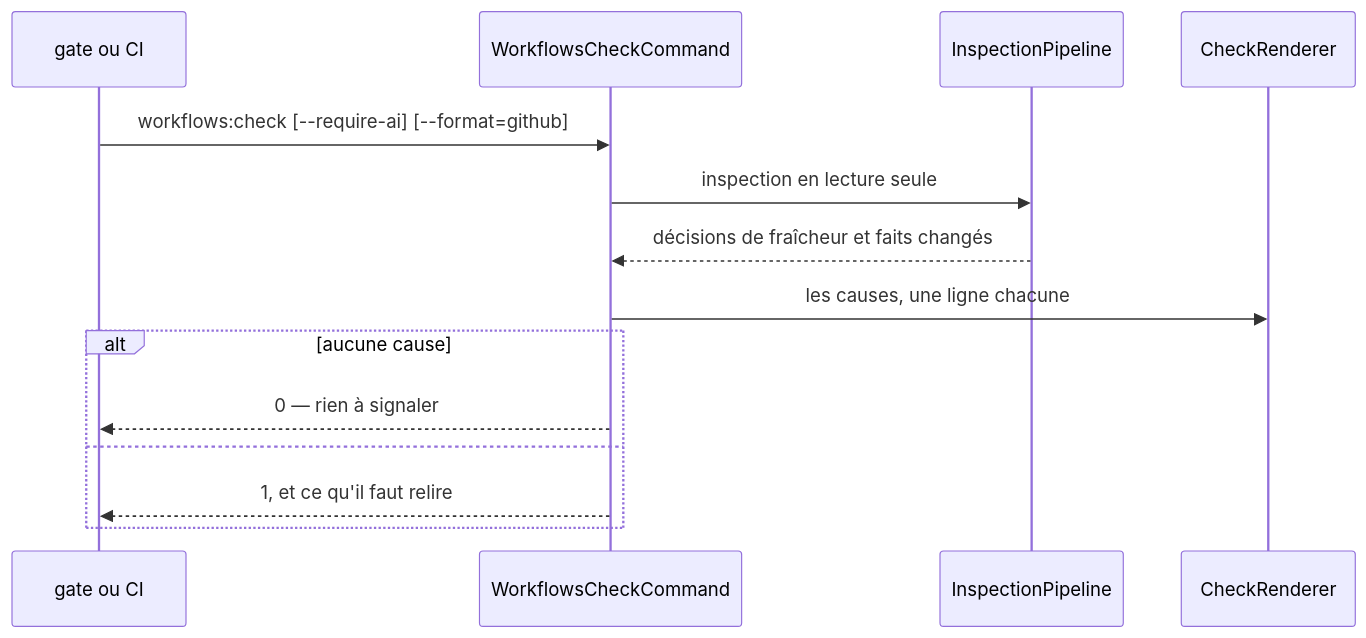
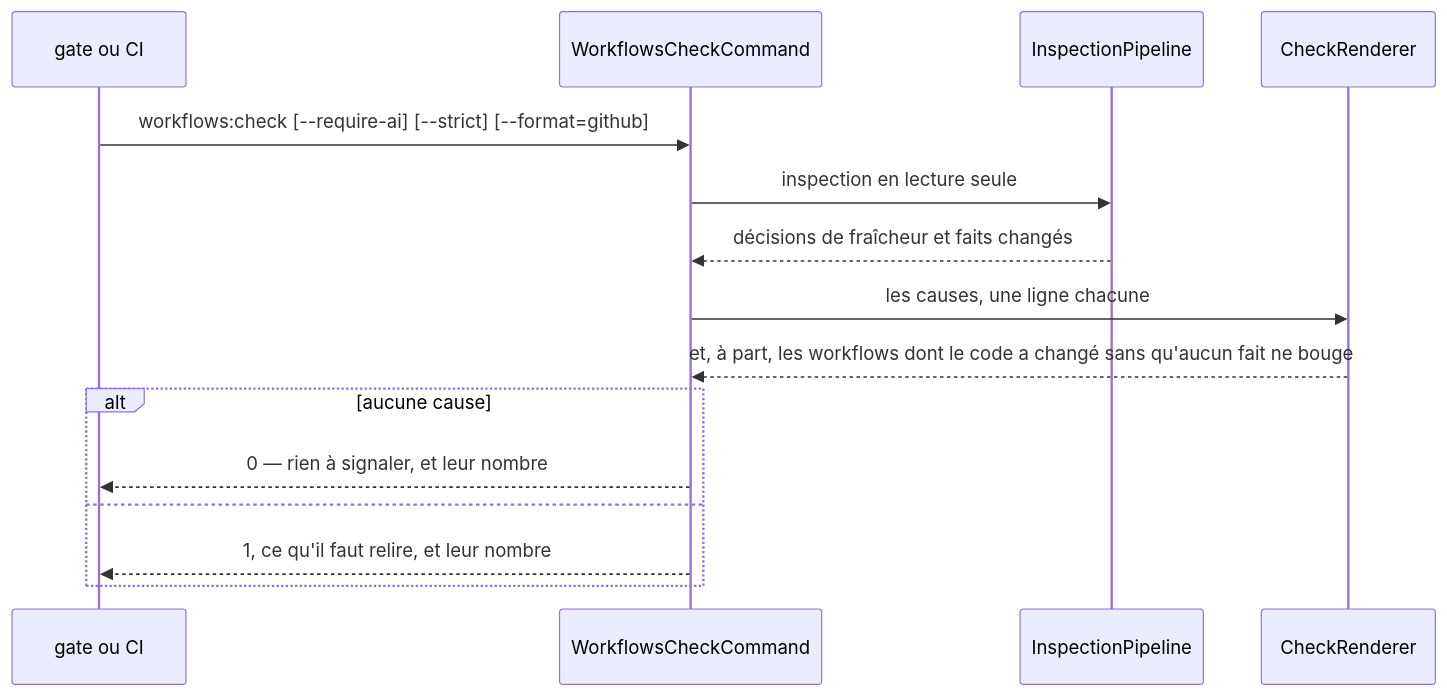
The first of 9 diagrams in docs/workflows/commands/workflows.check.md (jul6art/devtools), drawn with Mermaid before and after one commit. The commit also changed other lines of this file and 30 other files, not shown here.

````diff
--- a/docs/workflows/commands/workflows.check.md
+++ b/docs/workflows/commands/workflows.check.md
@@ -18,17 +18,18 @@
 ```mermaid
 sequenceDiagram
   participant U as gate ou CI
   participant C as WorkflowsCheckCommand
   participant P as InspectionPipeline
   participant R as CheckRenderer
 
-  U->>C: workflows:check [--require-ai] [--format=github]
+  U->>C: workflows:check [--require-ai] [--strict] [--format=github]
   C->>P: inspection en lecture seule
   P-->>C: décisions de fraîcheur et faits changés
   C->>R: les causes, une ligne chacune
+  R-->>C: et, à part, les workflows dont le code a changé sans qu'aucun fait ne bouge
   alt aucune cause
-    C-->>U: 0 — rien à signaler
+    C-->>U: 0 — rien à signaler, et leur nombre
   else
-    C-->>U: 1, et ce qu'il faut relire
+    C-->>U: 1, ce qu'il faut relire, et leur nombre
   end
 ```
````
